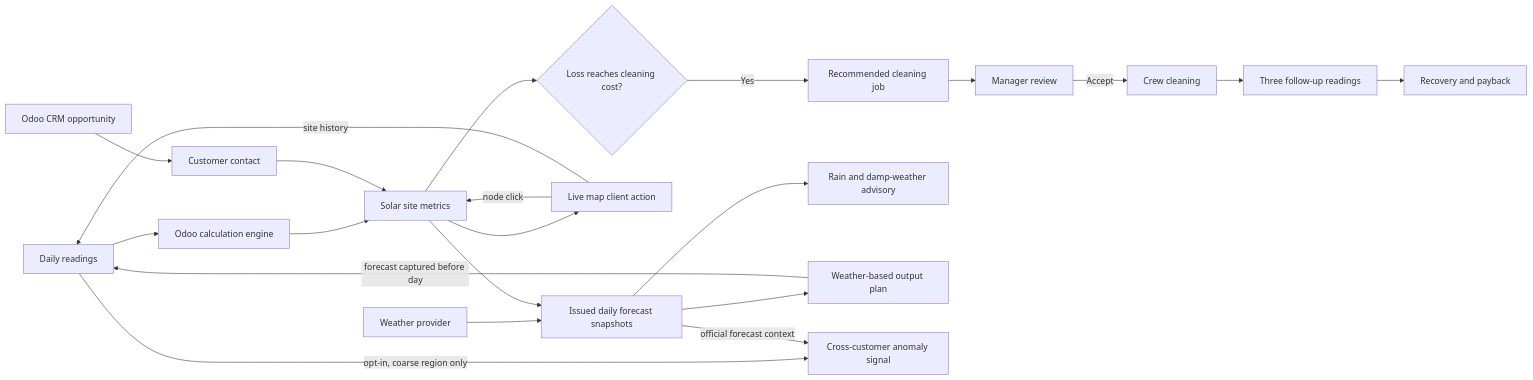
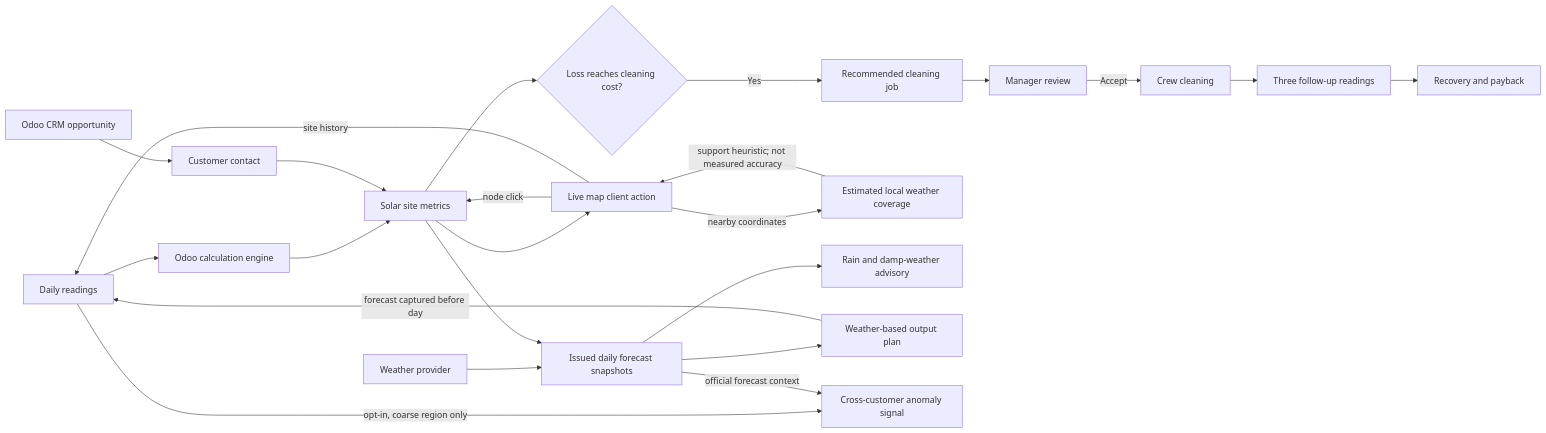
Before and after one commit to Umarr35/dustwatch: the diagram in docs/architecture.md, drawn with Mermaid. The commit also changed 6 other files, not shown here.

Commit message:
Add weather coverage ranges to live map

````diff
--- a/docs/architecture.md
+++ b/docs/architecture.md
@@ -3,23 +3,25 @@
 ```mermaid
 flowchart LR
   R[Daily readings] --> E[Odoo calculation engine]
   E --> S[Solar site metrics]
   S --> D{Loss reaches cleaning cost?}
   D -->|Yes| J[Recommended cleaning job]
   J --> M[Manager review]
   M -->|Accept| C[Crew cleaning]
   C --> A[Three follow-up readings]
   A --> P[Recovery and payback]
   CRM[Odoo CRM opportunity] --> K[Customer contact]
   K --> S
   S --> MAP[Live map client action]
   MAP -->|node click| S
   MAP -->|site history| R
+  MAP -->|nearby coordinates| RANGE[Estimated local weather coverage]
+  RANGE -->|support heuristic; not measured accuracy| MAP
   WX[Weather provider] --> WF[Issued daily forecast snapshots]
   S --> WF
   WF --> WA[Rain and damp-weather advisory]
   WF --> OP[Weather-based output plan]
   OP -->|forecast captured before day| R
   R -->|opt-in, coarse region only| PEER[Cross-customer anomaly signal]
   WF -->|official forecast context| PEER
 ```
````
